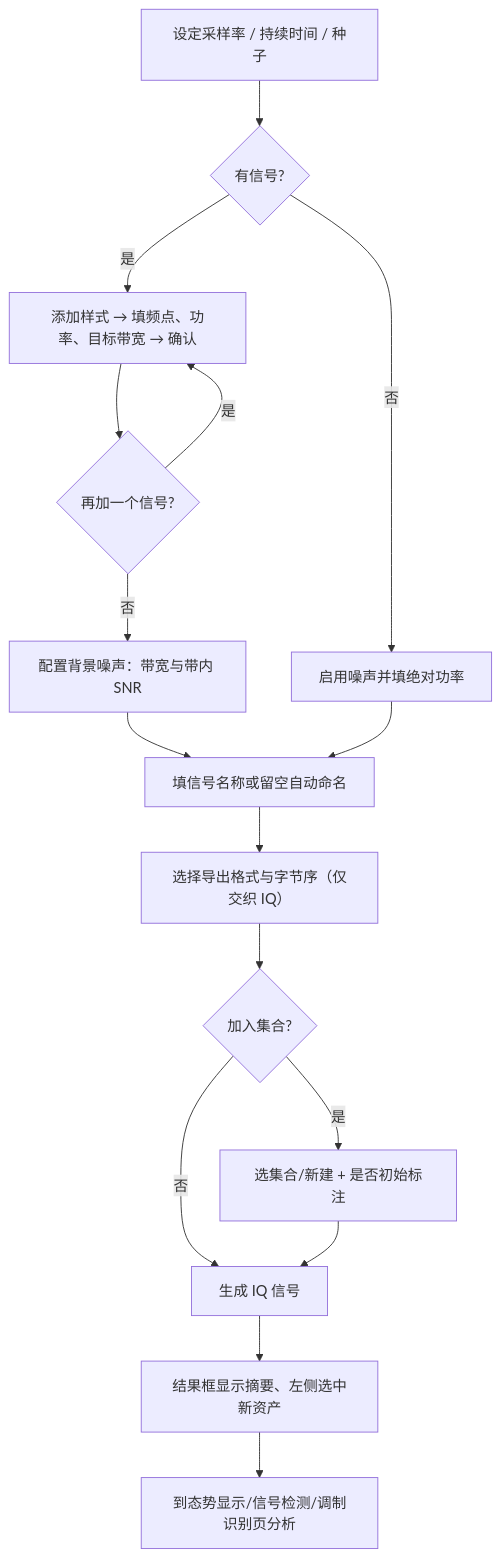
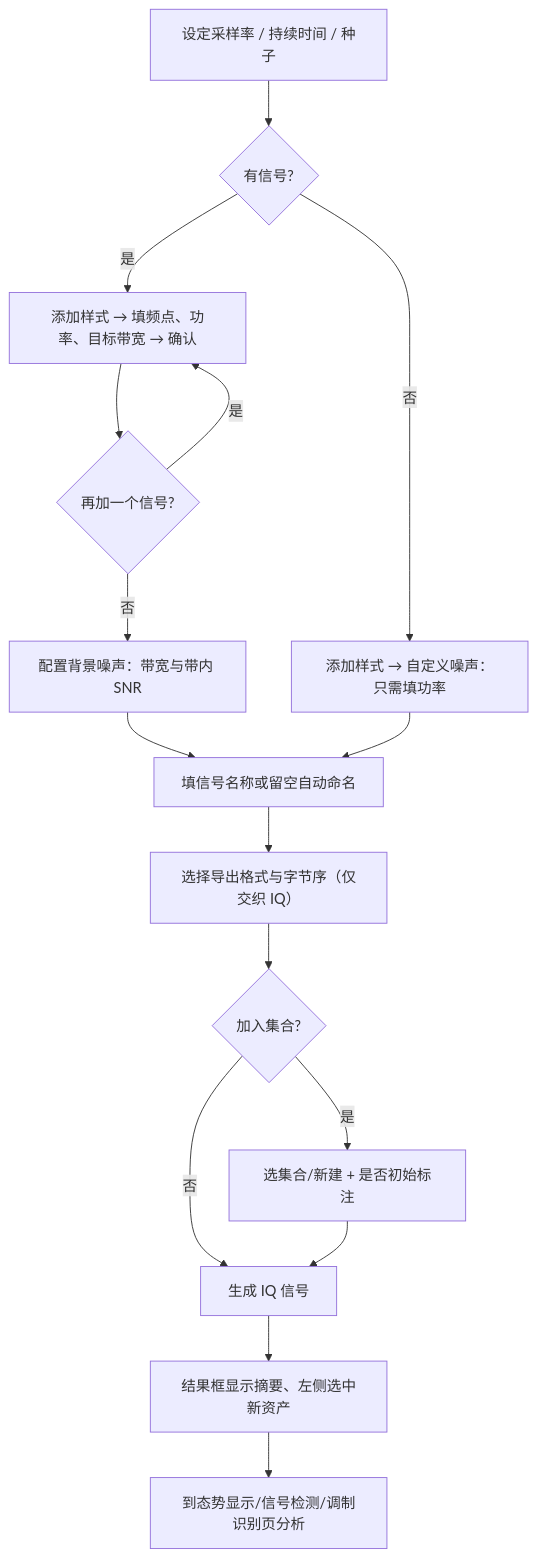
The diagram in docs/电磁信号分析和识别/02IQ信号生成页面.md (darkking1112/SimuSingal), drawn with Mermaid before and after one commit. The commit also changed other lines of this file and 17 other files, not shown here.

````diff
--- a/docs/电磁信号分析和识别/02IQ信号生成页面.md
+++ b/docs/电磁信号分析和识别/02IQ信号生成页面.md
@@ -141,18 +144,18 @@
 ```mermaid
 flowchart TD
     A[设定采样率 / 持续时间 / 种子] --> B{有信号?}
     B -- 是 --> C[添加样式 → 填频点、功率、目标带宽 → 确认]
     C --> D{再加一个信号?}
     D -- 是 --> C
     D -- 否 --> E[配置背景噪声：带宽与带内 SNR]
-    B -- 否 --> F[启用噪声并填绝对功率]
+    B -- 否 --> F["添加样式 → 自定义噪声：只需填功率"]
     E --> G[填信号名称或留空自动命名]
     F --> G
     G --> H["选择导出格式与字节序（仅交织 IQ）"]
     H --> I{加入集合?}
     I -- 是 --> J[选集合/新建 + 是否初始标注]
     I -- 否 --> K[生成 IQ 信号]
     J --> K
     K --> L[结果框显示摘要、左侧选中新资产]
     L --> M["到态势显示/信号检测/调制识别页分析"]
 ```
````
